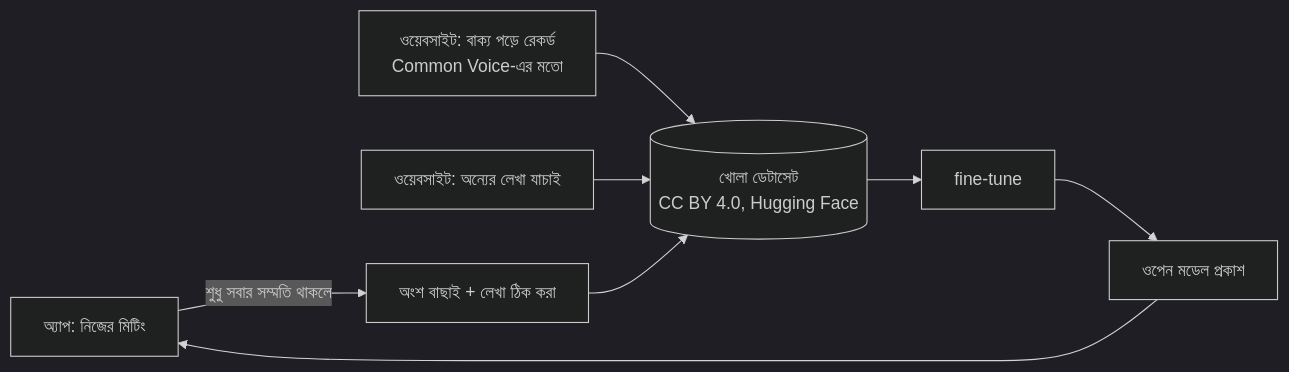
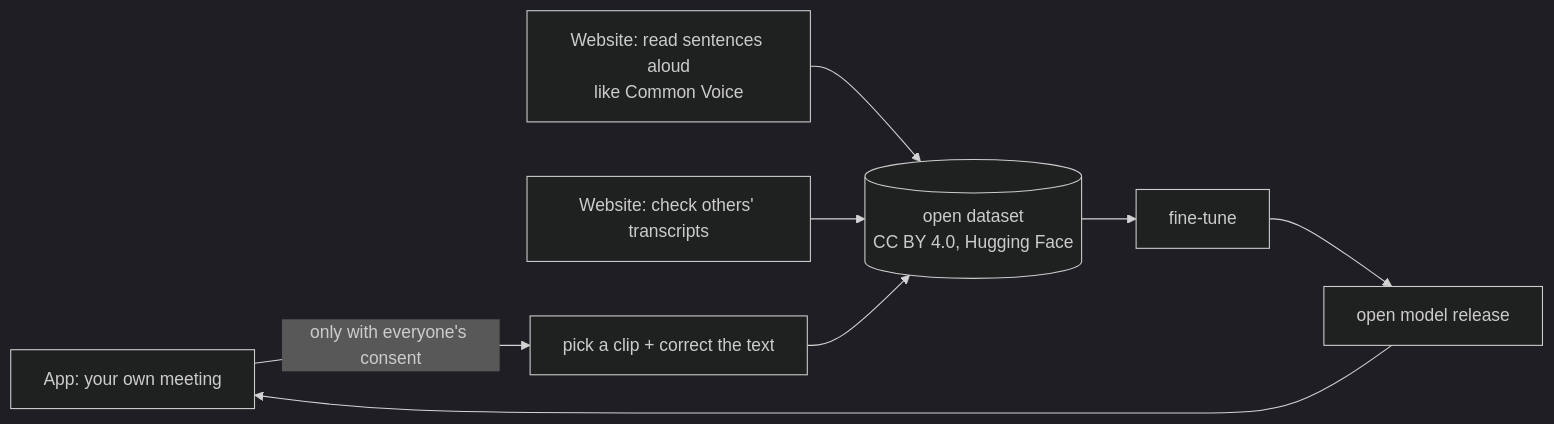
One commit to mirsabbir/anymeet changed the diagram in model/README.md. Above: the diagram before and after it, drawn with Mermaid (dark theme). The commit also changed other lines of this file and 3 other files, not shown here.

````diff
--- a/model/README.md
+++ b/model/README.md
@@ -47,10 +47,10 @@
 ```mermaid
 flowchart LR
-    A[অ্যাপ: নিজের মিটিং] -->|শুধু সবার সম্মতি থাকলে| B[অংশ বাছাই + লেখা ঠিক করা]
-    C[ওয়েবসাইট: বাক্য পড়ে রেকর্ড<br/>Common Voice-এর মতো] --> D
-    E[ওয়েবসাইট: অন্যের লেখা যাচাই] --> D
-    B --> D[(খোলা ডেটাসেট<br/>CC BY 4.0, Hugging Face)]
+    A[App: your own meeting] -->|only with everyone's consent| B[pick a clip + correct the text]
+    C[Website: read sentences aloud<br/>like Common Voice] --> D
+    E[Website: check others' transcripts] --> D
+    B --> D[(open dataset<br/>CC BY 4.0, Hugging Face)]
     D --> F[fine-tune]
-    F --> G[ওপেন মডেল প্রকাশ]
+    F --> G[open model release]
     G --> A
 ```
````
